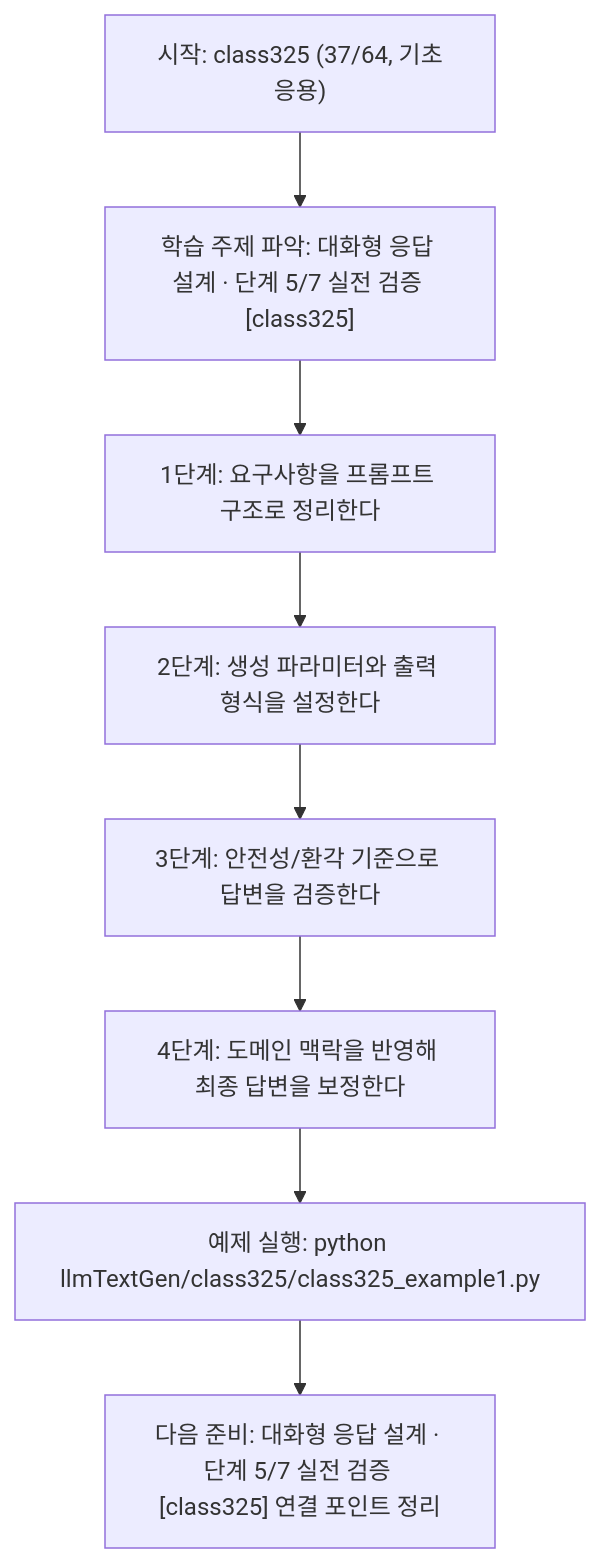
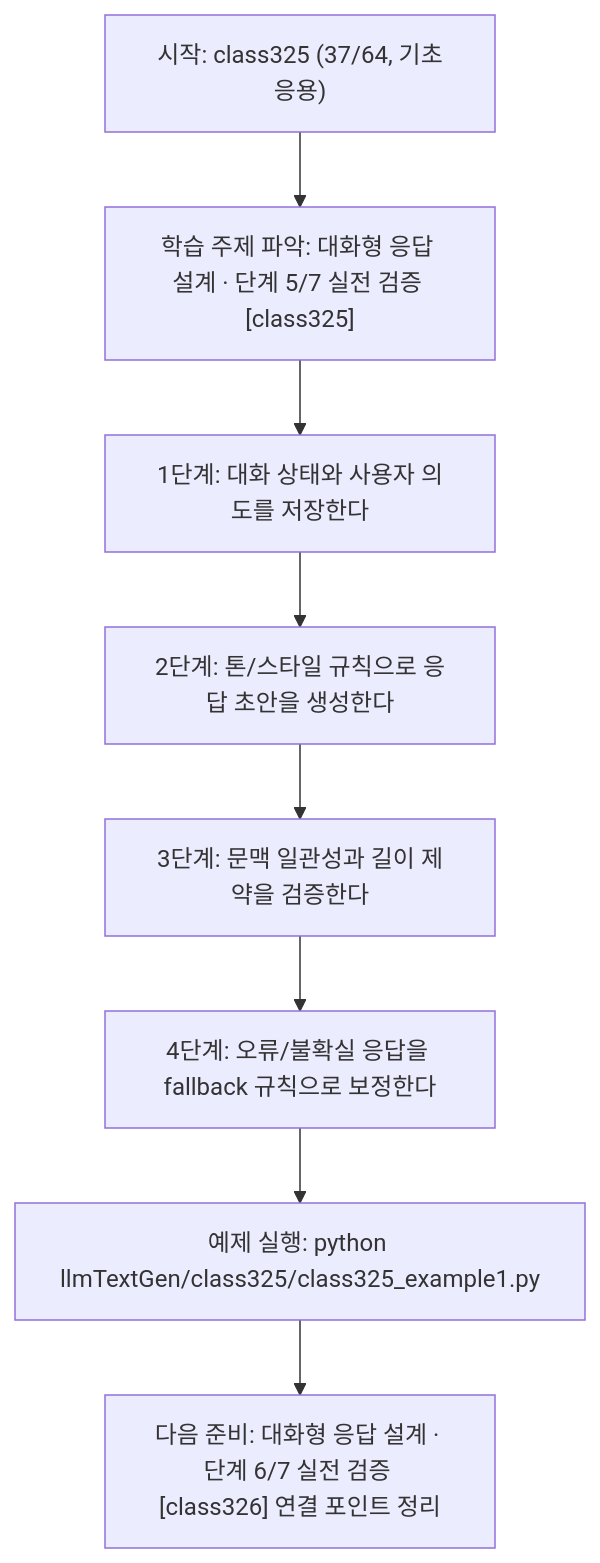
Before and after one commit to edumgt/Python-AI_Agent-Class: the diagram in llmTextGen/class325/class325.md, drawn with Mermaid. The commit also changed other lines of this file and 451 other files, not shown here.

````diff
--- a/llmTextGen/class325/class325.md
+++ b/llmTextGen/class325/class325.md
@@ -114,18 +95,18 @@
 ```mermaid
 flowchart TD
 N1["시작: class325 (37/64, 기초응용)"]
 N2["학습 주제 파악: 대화형 응답 설계 · 단계 5/7 실전 검증 [class325]"]
-N3["1단계: 요구사항을 프롬프트 구조로 정리한다"]
-N4["2단계: 생성 파라미터와 출력 형식을 설정한다"]
-N5["3단계: 안전성/환각 기준으로 답변을 검증한다"]
-N6["4단계: 도메인 맥락을 반영해 최종 답변을 보정한다"]
+N3["1단계: 대화 상태와 사용자 의도를 저장한다"]
+N4["2단계: 톤/스타일 규칙으로 응답 초안을 생성한다"]
+N5["3단계: 문맥 일관성과 길이 제약을 검증한다"]
+N6["4단계: 오류/불확실 응답을 fallback 규칙으로 보정한다"]
 N7["예제 실행: python llmTextGen/class325/class325_example1.py"]
-N8["다음 준비: 대화형 응답 설계 · 단계 5/7 실전 검증 [class325] 연결 포인트 정리"]
+N8["다음 준비: 대화형 응답 설계 · 단계 6/7 실전 검증 [class326] 연결 포인트 정리"]
 N1 --> N2
 N2 --> N3
 N3 --> N4
 N4 --> N5
 N5 --> N6
 N6 --> N7
 N7 --> N8
 ```
````
